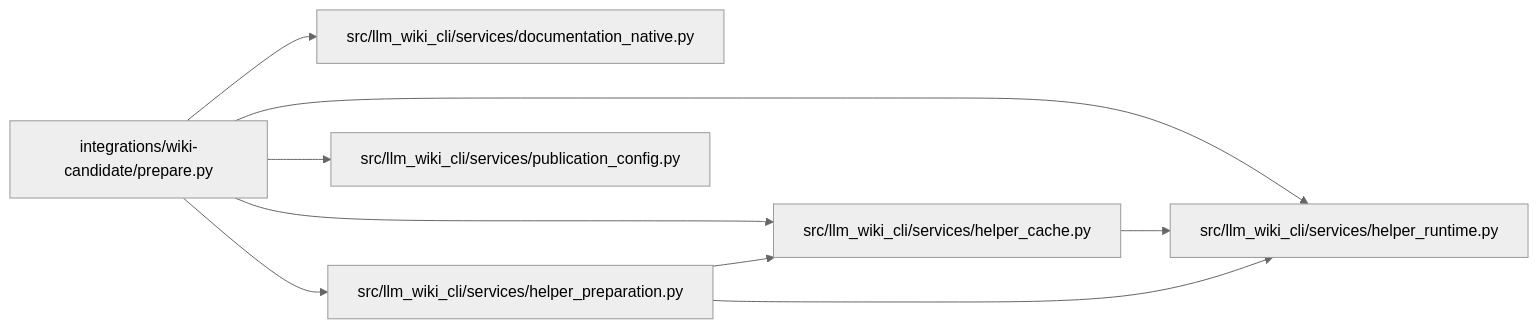
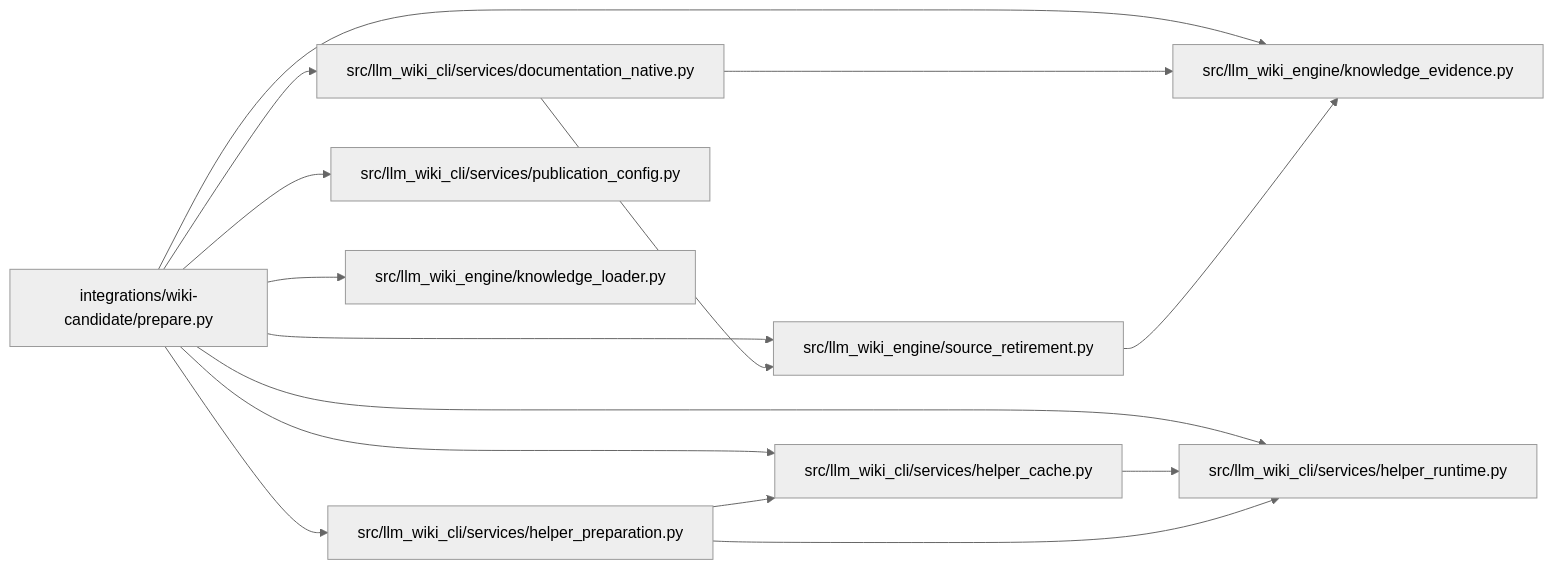
One commit to Denissvgn/python-wiki-llm changed the diagram in docs/llm_wiki/modules/wiki-candidate_prepare.md. Above: the diagram before and after it, drawn with Mermaid (neutral theme). The commit also changed other lines of this file and 509 other files, not shown here.

First line of the commit message:
docs: refresh the wiki for the deprecated engine aliases

````diff
--- a/docs/llm_wiki/modules/wiki-candidate_prepare.md
+++ b/docs/llm_wiki/modules/wiki-candidate_prepare.md
@@ -32,23 +32,35 @@
 ```mermaid
 flowchart LR
     n0["integrations/wiki-candidate/prepare.py"]
     n1["src/llm_wiki_cli/services/documentation_native.py"]
     n2["src/llm_wiki_cli/services/helper_cache.py"]
     n3["src/llm_wiki_cli/services/helper_preparation.py"]
     n4["src/llm_wiki_cli/services/helper_runtime.py"]
     n5["src/llm_wiki_cli/services/publication_config.py"]
+    n6["src/llm_wiki_engine/knowledge_evidence.py"]
+    n7["src/llm_wiki_engine/knowledge_loader.py"]
+    n8["src/llm_wiki_engine/source_retirement.py"]
     n0 --> n1
     n0 --> n2
     n0 --> n3
     n0 --> n4
     n0 --> n5
+    n0 --> n6
+    n0 --> n7
+    n0 --> n8
+    n1 --> n6
+    n1 --> n8
     n2 --> n4
     n3 --> n2
     n3 --> n4
+    n8 --> n6
     click n0 "../modules/wiki-candidate_prepare.md"
     click n1 "../modules/documentation_native.md"
     click n2 "../modules/helper_cache.md"
     click n3 "../modules/helper_preparation.md"
     click n4 "../modules/helper_runtime.md"
     click n5 "../modules/publication_config.md"
+    click n6 "../modules/knowledge_evidence.md"
+    click n7 "../modules/knowledge_loader.md"
+    click n8 "../modules/source_retirement.md"
 ```
````
